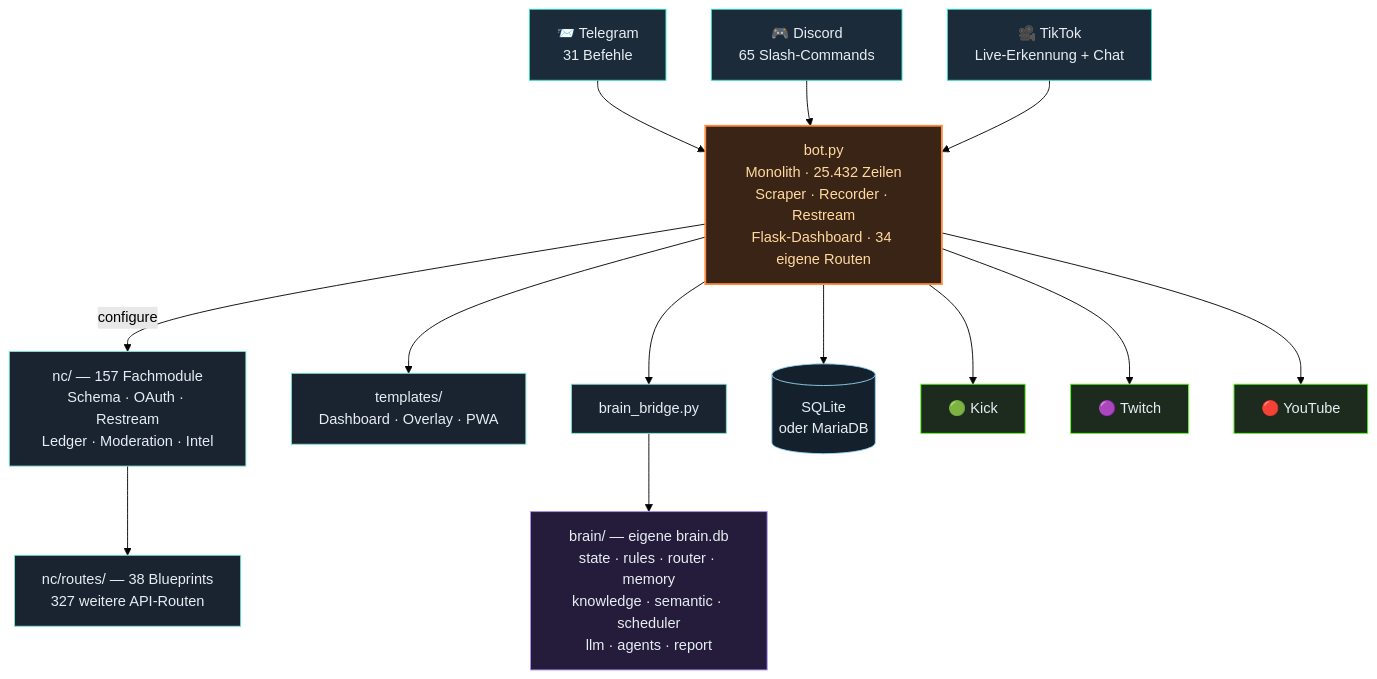
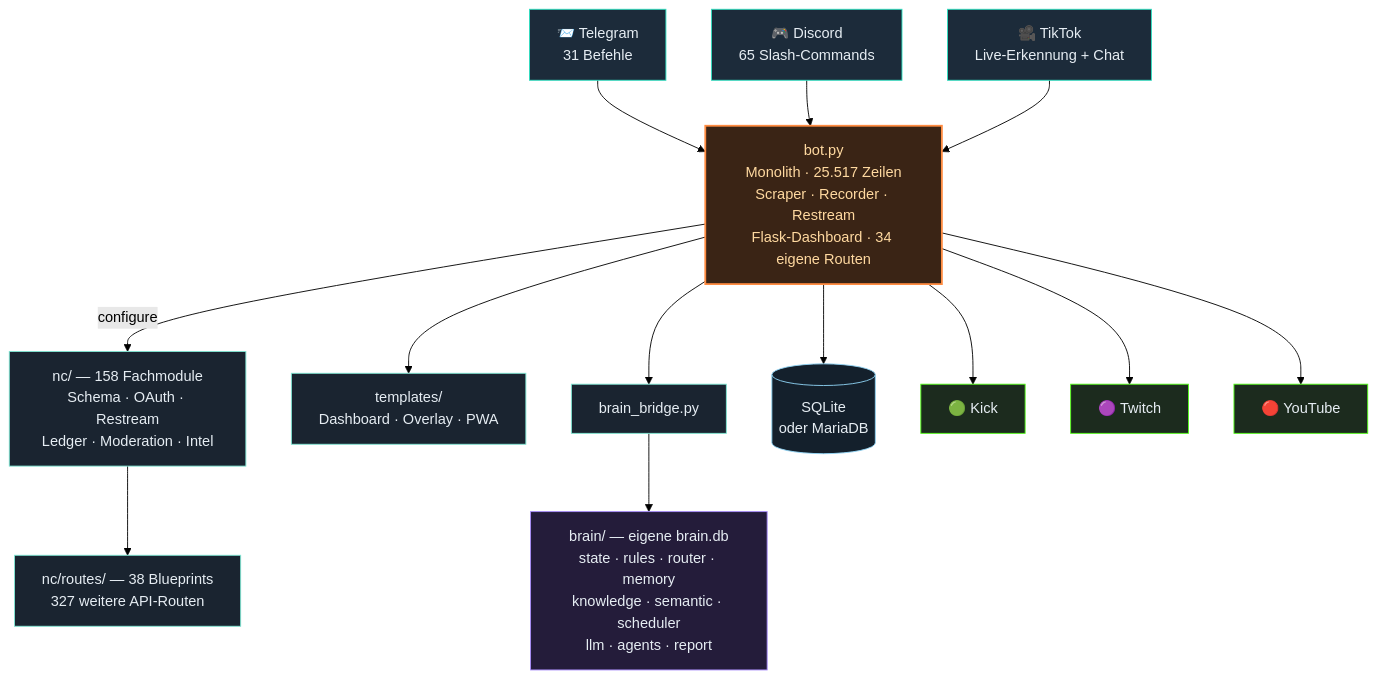
Before and after one commit to itsamemedev/Telegram-Stream-Info-Bot: the third of 4 diagrams in README.md, drawn with Mermaid (forest theme). The commit also changed other lines of this file and 11 other files, not shown here.

````diff
--- a/README.md
+++ b/README.md
@@ -189,30 +189,30 @@
 ```mermaid
 flowchart TB
     TG["📨 Telegram<br/>31 Befehle"]:::ein
     DC["🎮 Discord<br/>65 Slash-Commands"]:::ein
     TT["🎥 TikTok<br/>Live-Erkennung + Chat"]:::ein
 
     TG --> BOT
     DC --> BOT
     TT --> BOT
 
-    BOT["bot.py<br/>Monolith · 25.432 Zeilen<br/>Scraper · Recorder · Restream<br/>Flask-Dashboard · 34 eigene Routen"]:::core
+    BOT["bot.py<br/>Monolith · 25.517 Zeilen<br/>Scraper · Recorder · Restream<br/>Flask-Dashboard · 34 eigene Routen"]:::core
 
-    BOT -->|configure| NC["nc/ — 157 Fachmodule<br/>Schema · OAuth · Restream<br/>Ledger · Moderation · Intel"]:::lib
+    BOT -->|configure| NC["nc/ — 158 Fachmodule<br/>Schema · OAuth · Restream<br/>Ledger · Moderation · Intel"]:::lib
     NC --> RT["nc/routes/ — 38 Blueprints<br/>327 weitere API-Routen"]:::lib
     BOT --> TPL["templates/<br/>Dashboard · Overlay · PWA"]:::lib
     BOT --> BR["brain_bridge.py"]:::lib
     BR --> BRAIN["brain/ — eigene brain.db<br/>state · rules · router · memory<br/>knowledge · semantic · scheduler<br/>llm · agents · report"]:::brain
     BOT --> DB[("SQLite<br/>oder MariaDB")]:::db
 
     BOT --> KICK["🟢 Kick"]:::out
     BOT --> TW["🟣 Twitch"]:::out
     BOT --> YT["🔴 YouTube"]:::out
 
     classDef ein fill:#1c2b3a,stroke:#2de1c2,color:#e6edf3
     classDef core fill:#3a2415,stroke:#ff8c42,stroke-width:2px,color:#ffd9a0
     classDef lib fill:#1a2430,stroke:#7fe7d4,color:#e6edf3
     classDef brain fill:#241c3a,stroke:#a78bfa,color:#e6edf3
     classDef db fill:#14202c,stroke:#8fd3f4,color:#e6edf3
     classDef out fill:#1c2b1e,stroke:#53fc18,color:#e6edf3
 ```
````
